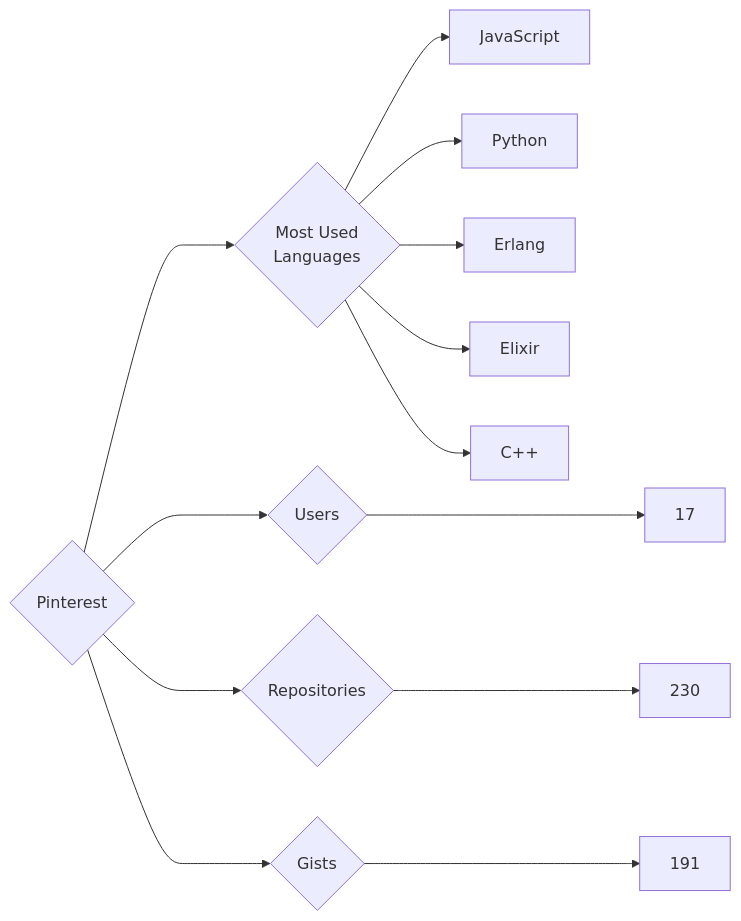
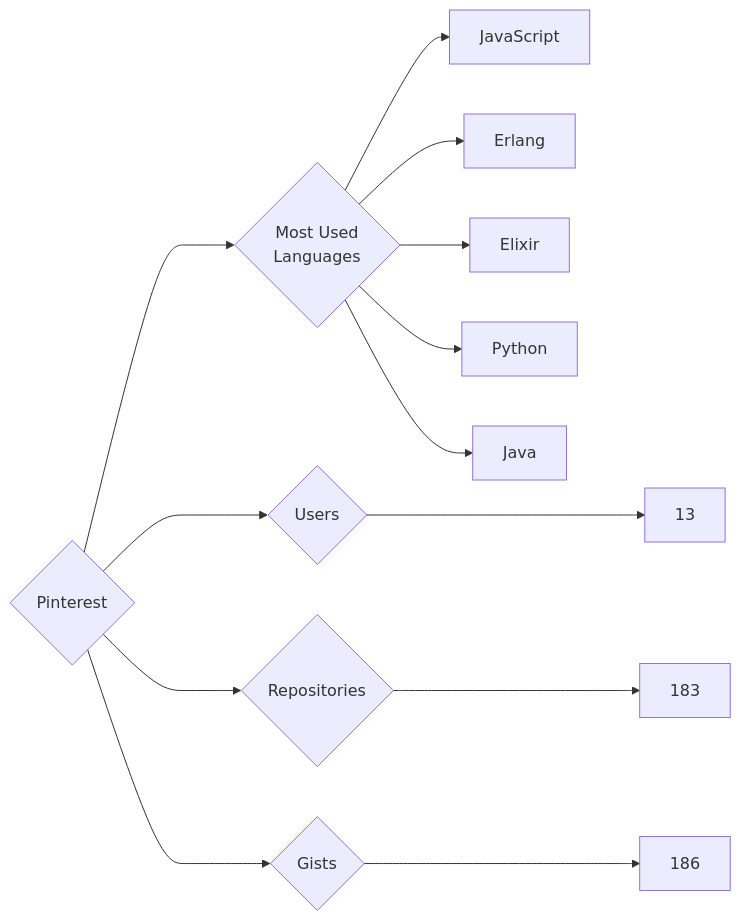
One commit to trickest/insiders changed the diagram in targets/Pinterest/README.md. Above: the diagram before and after it, drawn with Mermaid. The commit also changed 444 other files, not shown here.

````diff
--- a/targets/Pinterest/README.md
+++ b/targets/Pinterest/README.md
@@ -3,13 +3,13 @@
 ```mermaid
 graph LR
 COMPANY_NAME{Pinterest}
-COMPANY_NAME ---> U{Users} ---> UN[17]
-COMPANY_NAME ---> R{Repositories} ---> RN[230]
-COMPANY_NAME ---> G{Gists} ---> GN[191]
+COMPANY_NAME ---> U{Users} ---> UN[13]
+COMPANY_NAME ---> R{Repositories} ---> RN[183]
+COMPANY_NAME ---> G{Gists} ---> GN[186]
 COMPANY_NAME ---> ML{Most Used<br>Languages}
 ML --> JavaScript[JavaScript]
-ML --> Python[Python]
 ML --> Erlang[Erlang]
 ML --> Elixir[Elixir]
-ML --> C++[C++]
+ML --> Python[Python]
+ML --> Java[Java]
 ```
````
